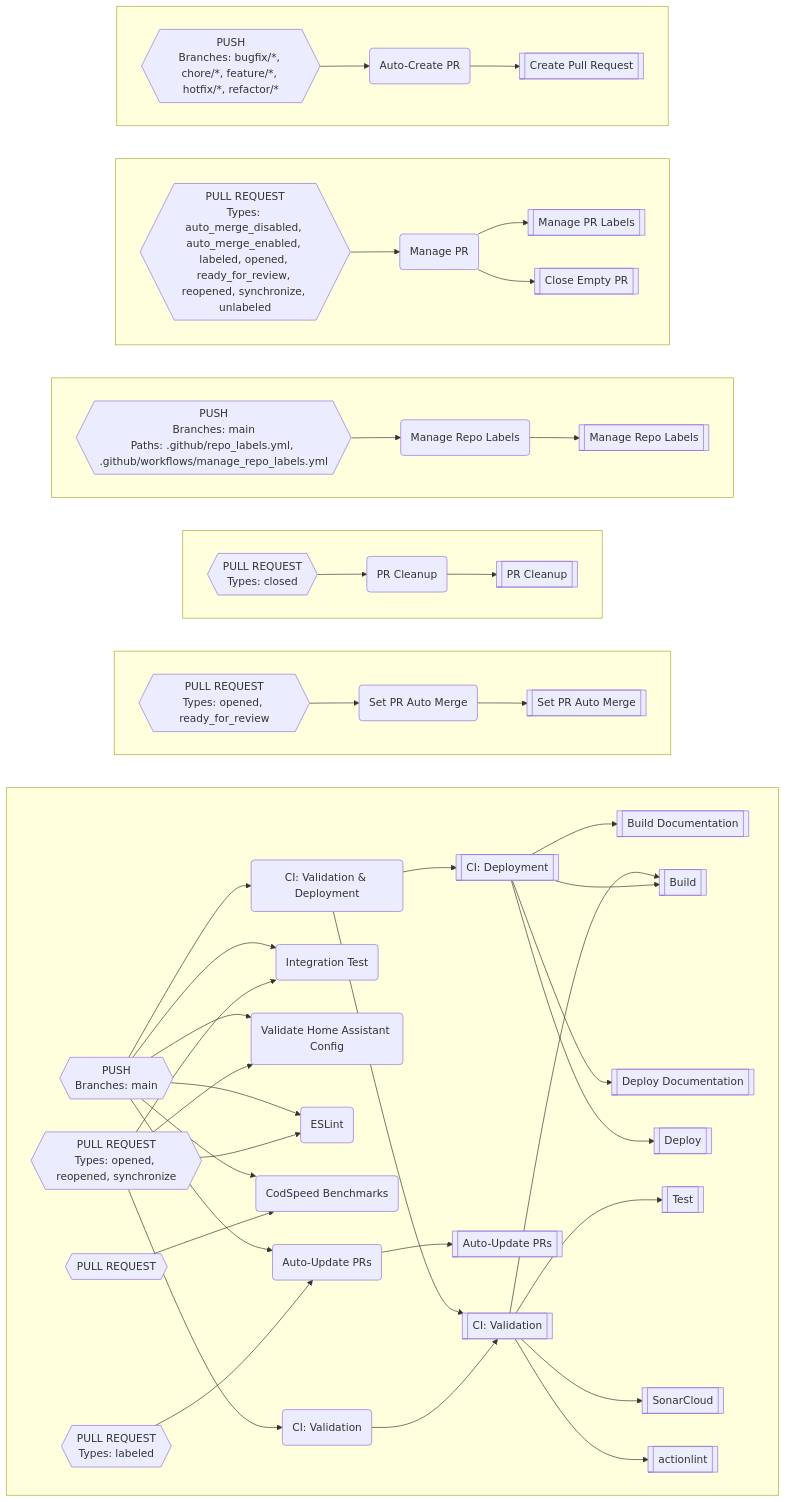
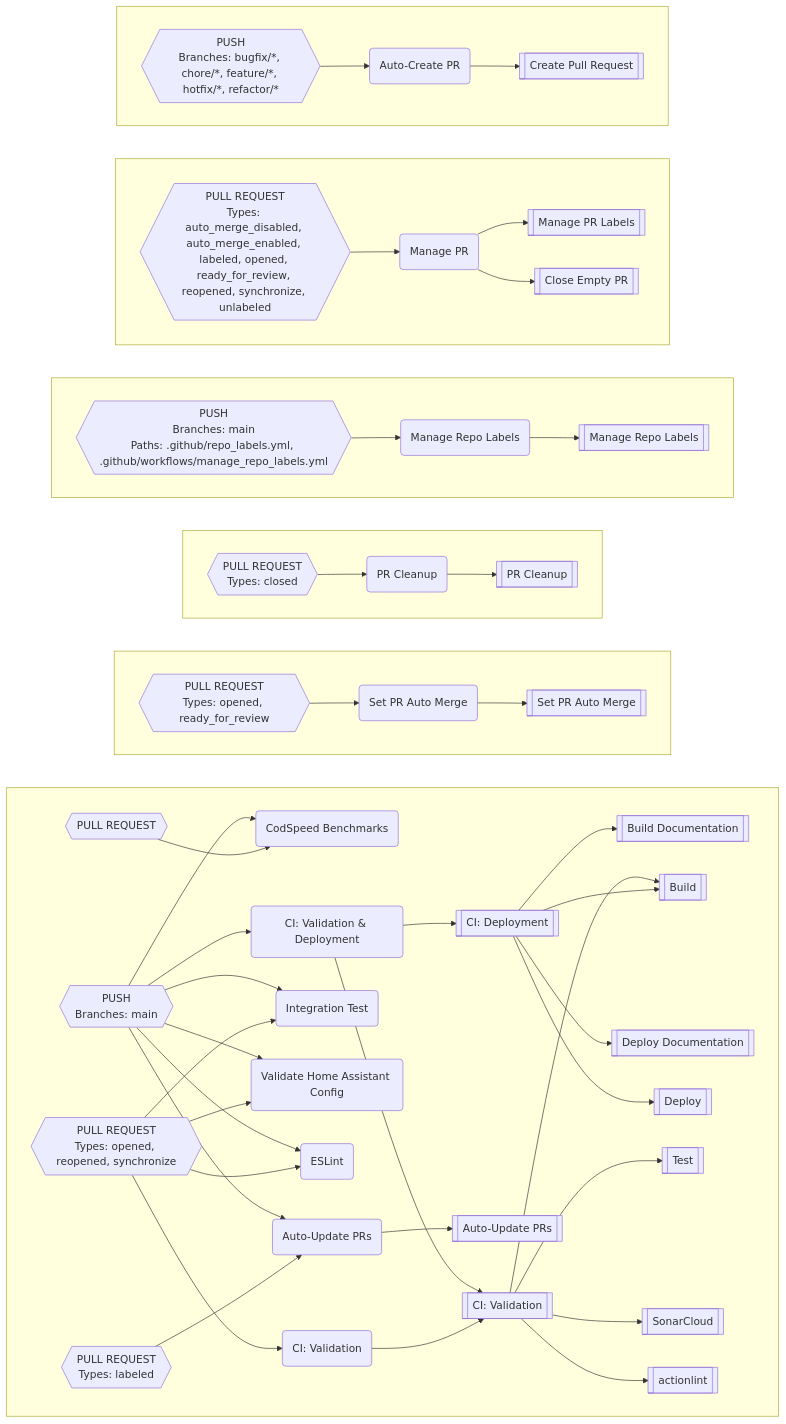
One commit to worgarside/github-config-files changed the diagram in README.md. Above: the diagram before and after it, drawn with Mermaid. The commit also changed other lines of this file and 2 other files, not shown here.

Commit message:
Fix LED Matrix Python version

```diff
--- a/README.md
+++ b/README.md
@@ -354,22 +354,22 @@
 flowchart LR
 subgraph DQ[" "]
 direction LR
-DM-->V
-DO-->DM
-DO-->DD
-DO-->CX
-DO-->CT
-CQ-->CO
+DN-->DL
+DH-->V
+DJ-->DH
+DJ-->CY
+DJ-->CS
+DJ-->CO
 CE-->CD
 CD-->BB
-DJ-->DI
-DJ-->DD
-DJ-->CX
-DJ-->CT
-DJ-->CO
-DJ-->CD
-DI-->V
-DI-->M
+DE-->DL
+DE-->DD
+DE-->CY
+DE-->CS
+DE-->CO
+DE-->CD
+DD-->V
+DD-->M
 M-->I
 M-->E
 M-->AQ
@@ -442,19 +442,19 @@
 CL{{"PULL REQUEST
 Types: opened, ready_for_review
 "}}
-CO("CodSpeed Benchmarks")
-CQ{{"PULL REQUEST"}}
-CT("ESLint")
-CX("Validate Home Assistant Config")
-DD("Integration Test")
-DI("CI: Validation & Deployment")
-DJ{{"PUSH
+CO("ESLint")
+CS("Validate Home Assistant Config")
+CY("Integration Test")
+DD("CI: Validation & Deployment")
+DE{{"PUSH
 Branches: main
 "}}
-DM("CI: Validation")
-DO{{"PULL REQUEST
+DH("CI: Validation")
+DJ{{"PULL REQUEST
 Types: opened, reopened, synchronize
 "}}
+DL("CodSpeed Benchmarks")
+DN{{"PULL REQUEST"}}
 E[["Build"]]
 I[["Build Documentation"]]
 M[["CI: Deployment"]]
```
